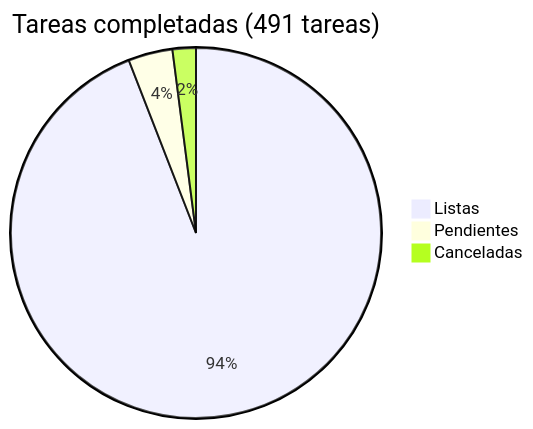
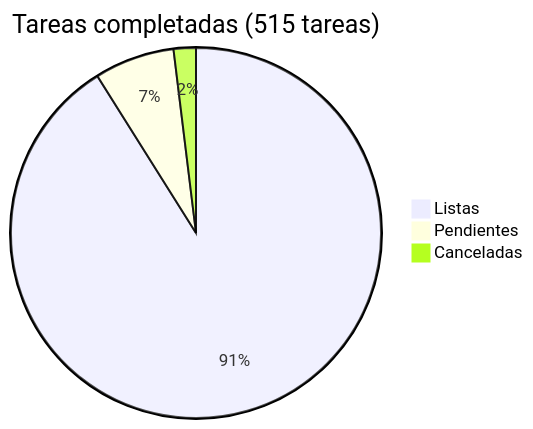
The diagram in docs/roadmap/README.md (araguaney-lat/araguaney), drawn with Mermaid before and after one commit. The commit also changed other lines of this file and 43 other files, not shown here.

````diff
--- a/docs/roadmap/README.md
+++ b/docs/roadmap/README.md
@@ -5,6 +5,6 @@
 ```mermaid
-pie title Tareas completadas (491 tareas)
-    "Listas" : 462
-    "Pendientes" : 19
+pie title Tareas completadas (515 tareas)
+    "Listas" : 469
+    "Pendientes" : 36
     "Canceladas" : 10
 ```
````
